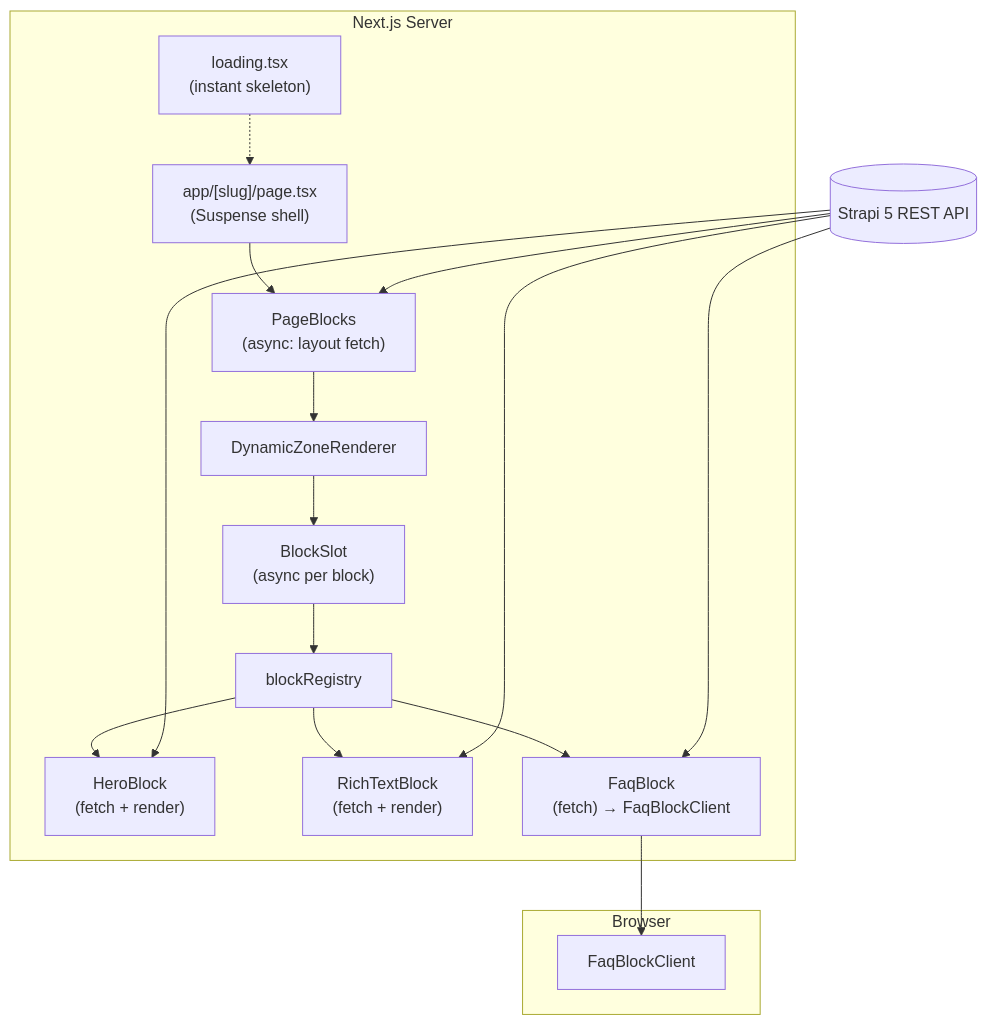
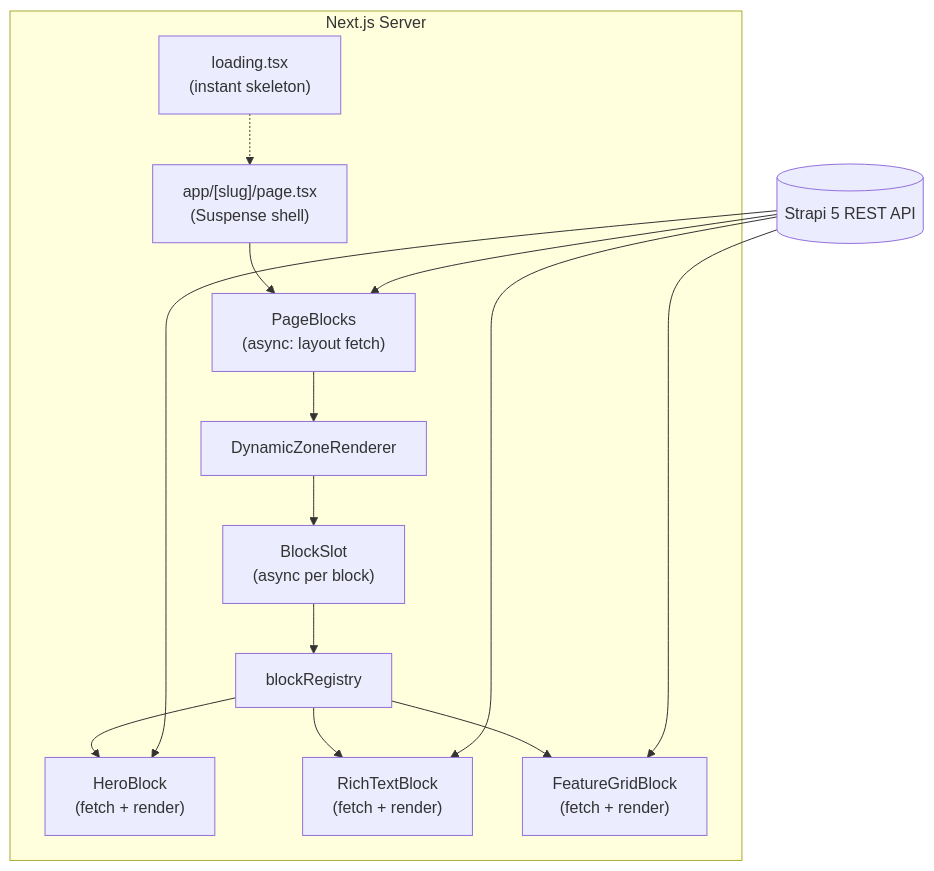
The diagram in README.md (rishi-raj-jain/strapi-dynamic-zones), drawn with Mermaid before and after one commit. The commit also changed other lines of this file, not shown here.

````diff
--- a/README.md
+++ b/README.md
@@ -39,30 +39,25 @@
 ```mermaid
 flowchart TB
   subgraph server [Next.js Server]
     Page["app/[slug]/page.tsx\n(Suspense shell)"]
     Loading["loading.tsx\n(instant skeleton)"]
     PB["PageBlocks\n(async: layout fetch)"]
     DZ["DynamicZoneRenderer"]
     Slot["BlockSlot\n(async per block)"]
     Registry["blockRegistry"]
     Hero["HeroBlock\n(fetch + render)"]
     Rich["RichTextBlock\n(fetch + render)"]
-    FAQ["FaqBlock\n(fetch) → FaqBlockClient"]
+    Grid["FeatureGridBlock\n(fetch + render)"]
     Page --> PB
   Loading -.-> Page
     PB --> DZ --> Slot --> Registry
     Registry --> Hero
     Registry --> Rich
-    Registry --> FAQ
-  end
-
-  subgraph client [Browser]
-    FAQClient["FaqBlockClient"]
-    FAQ --> FAQClient
+    Registry --> Grid
   end
 
   Strapi[(Strapi 5 REST API)] --> PB
   Strapi --> Hero
   Strapi --> Rich
-  Strapi --> FAQ
+  Strapi --> Grid
 ```
````
